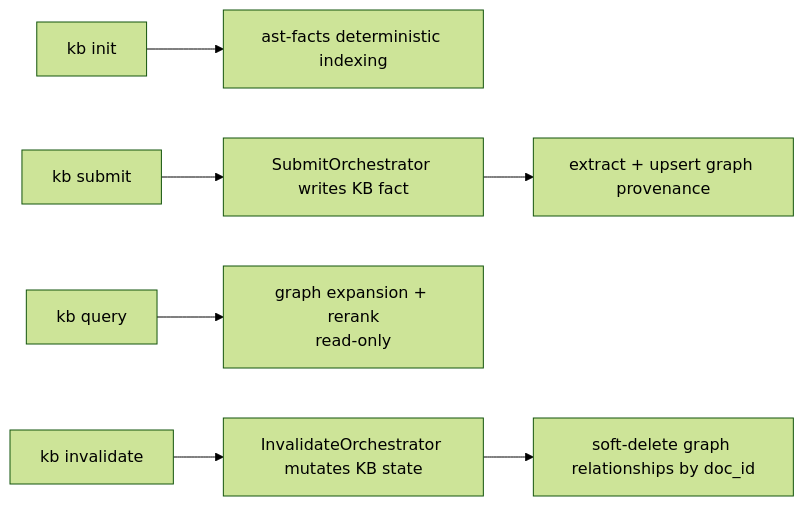
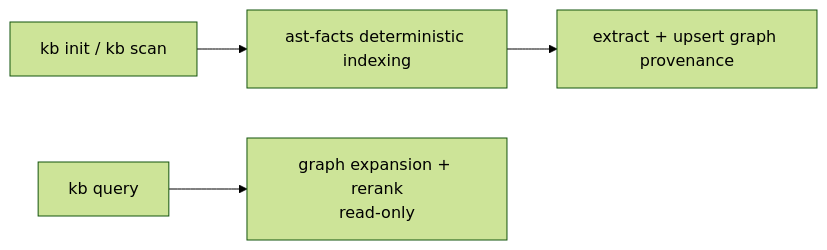
Before and after one commit to rosenjcb/kb: the first of 2 diagrams in src/tools/GRAPH.md, drawn with Mermaid (forest theme). The commit also changed other lines of this file and 44 other files, not shown here.

Commit message:
Removed submit and invalidate

````diff
--- a/src/tools/GRAPH.md
+++ b/src/tools/GRAPH.md
@@ -44,9 +44,6 @@
 ```mermaid
 flowchart LR
-  I["kb init"] --> AF["ast-facts deterministic indexing"]
-  S["kb submit"] --> SW["SubmitOrchestrator writes KB fact"]
-  SW --> SG["extract + upsert graph provenance"]
+  I["kb init / kb scan"] --> AF["ast-facts deterministic indexing"]
+  AF --> SG["extract + upsert graph provenance"]
   Q["kb query"] --> QG["graph expansion + rerank\nread-only"]
-  N["kb invalidate"] --> NW["InvalidateOrchestrator mutates KB state"]
-  NW --> NG["soft-delete graph relationships by doc_id"]
 ```
````
